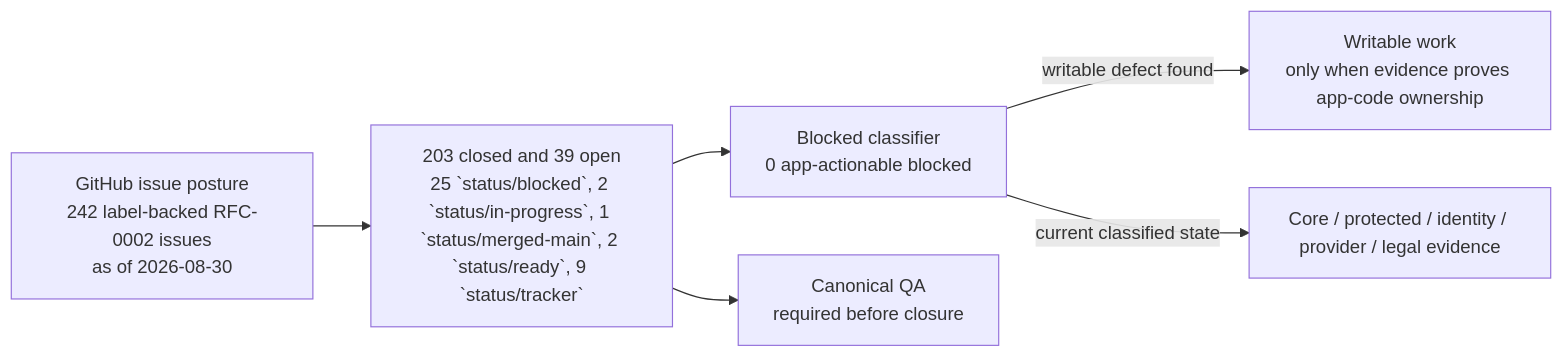
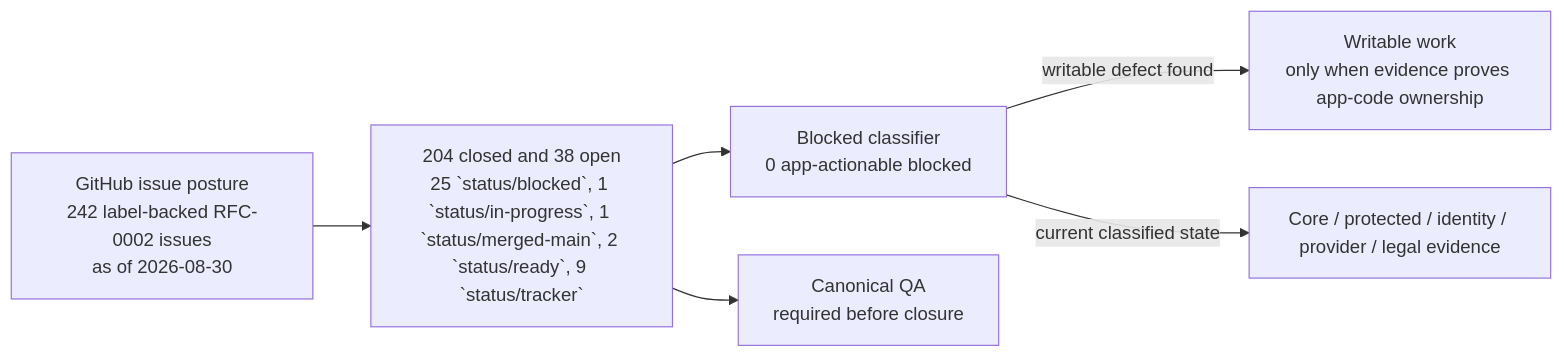
One commit to sgajbi/lotus-idea changed the first of 2 diagrams in wiki/RFC-0002-Execution-Status.md. Above: the diagram before and after it, drawn with Mermaid. The commit also changed other lines of this file and 9 other files, not shown here.

````diff
--- a/wiki/RFC-0002-Execution-Status.md
+++ b/wiki/RFC-0002-Execution-Status.md
@@ -48,15 +48,15 @@
 ```mermaid
 flowchart LR
     Issues["GitHub issue posture<br/>242 label-backed RFC-0002 issues<br/>as of 2026-08-30"]
-    Open["203 closed and 39 open<br/>25 `status/blocked`, 2 `status/in-progress`, 1 `status/merged-main`, 2 `status/ready`, 9 `status/tracker`"]
+    Open["204 closed and 38 open<br/>25 `status/blocked`, 1 `status/in-progress`, 1 `status/merged-main`, 2 `status/ready`, 9 `status/tracker`"]
     Blocked["Blocked classifier<br/>0 app-actionable blocked"]
     Work["Writable work<br/>only when evidence proves app-code ownership"]
     External["Core / protected / identity / provider / legal evidence"]
     QA["Canonical QA<br/>required before closure"]
 
     Issues --> Open
     Open --> Blocked
     Blocked -->|"writable defect found"| Work
     Blocked -->|"current classified state"| External
     Open --> QA
 ```
````
